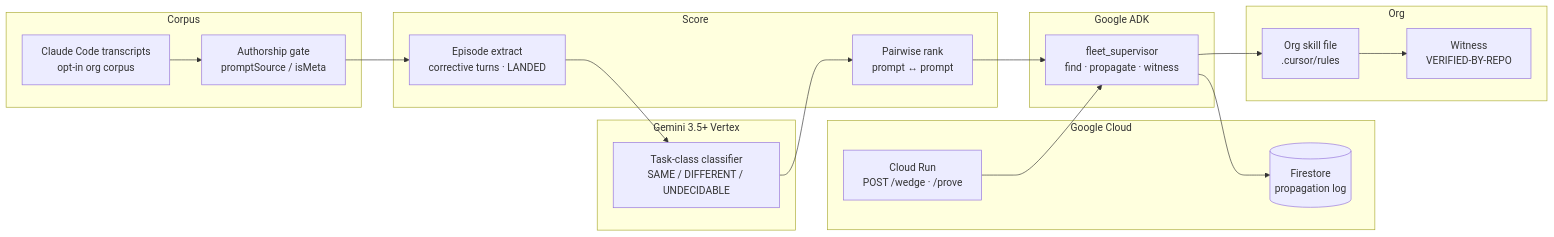
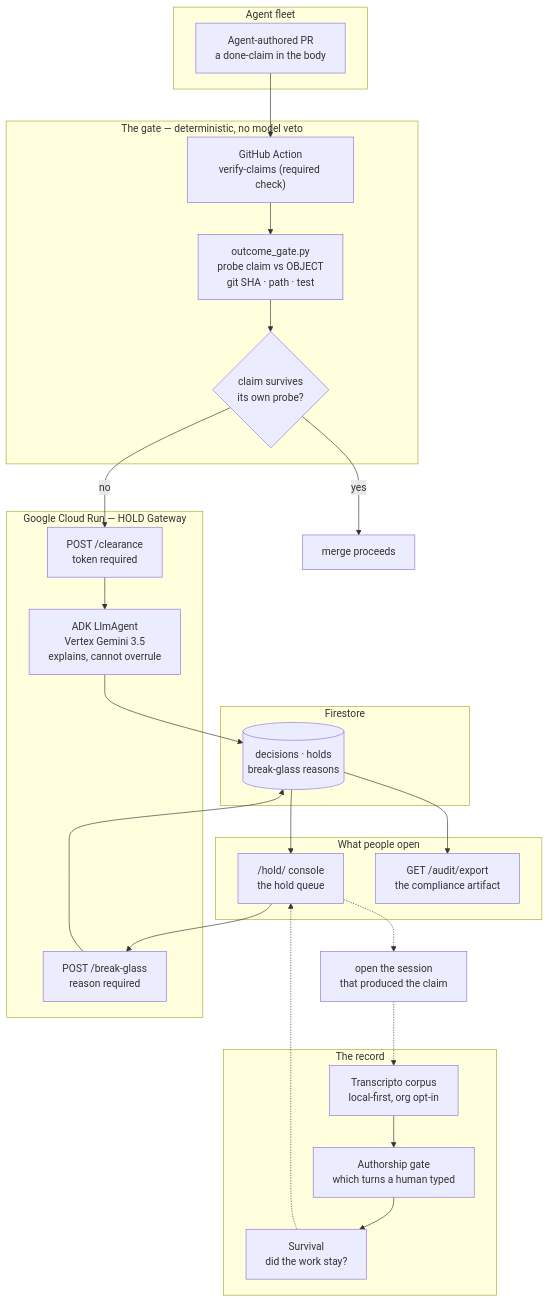
Before and after one commit to Morkeeth/agent-work-record-witness-ata: the diagram in docs/ARCHITECTURE.md, drawn with Mermaid. The commit also changed other lines of this file and 27 other files, not shown here.

````diff
--- a/docs/ARCHITECTURE.md
+++ b/docs/ARCHITECTURE.md
@@ -5,36 +12,45 @@
 ```mermaid
-flowchart LR
-  subgraph Corpus
-    T[Claude Code transcripts<br/>opt-in org corpus]
-    G[Authorship gate<br/>promptSource / isMeta]
+flowchart TB
+  subgraph Fleet["Agent fleet"]
+    PR["Agent-authored PR<br/>a done-claim in the body"]
   end
 
-  subgraph Classify["Gemini 3.5+ Vertex"]
-    C[Task-class classifier<br/>SAME / DIFFERENT / UNDECIDABLE]
+  subgraph Gate["The gate — deterministic, no model veto"]
+    A["GitHub Action<br/>verify-claims (required check)"]
+    P["outcome_gate.py<br/>probe claim vs OBJECT<br/>git SHA · path · test"]
+    V{"claim survives<br/>its own probe?"}
   end
 
-  subgraph Score
-    E[Episode extract<br/>corrective turns · LANDED]
-    R[Pairwise rank<br/>prompt ↔ prompt]
+  subgraph Run["Google Cloud Run — HOLD Gateway"]
+    CL["POST /clearance<br/>token required"]
+    AG["ADK LlmAgent<br/>Vertex Gemini 3.5<br/>explains, cannot overrule"]
+    BG["POST /break-glass<br/>reason required"]
   end
 
-  subgraph Agent["Google ADK"]
-    A[fleet_supervisor<br/>find · propagate · witness]
+  subgraph Store["Firestore"]
+    FS[("decisions · holds<br/>break-glass reasons")]
   end
 
-  subgraph Cloud["Google Cloud"]
-    FS[(Firestore<br/>propagation log)]
-    CR[Cloud Run<br/>POST /wedge · /prove]
+  subgraph Record["The record"]
+    T["Transcripto corpus<br/>local-first, org opt-in"]
+    H["Authorship gate<br/>which turns a human typed"]
+    SV["Survival<br/>did the work stay?"]
   end
 
-  subgraph Org
-    S[Org skill file<br/>.cursor/rules]
-    W[Witness<br/>VERIFIED-BY-REPO]
+  subgraph Surfaces["What people open"]
+    Q["/hold/ console<br/>the hold queue"]
+    EX["GET /audit/export<br/>the compliance artifact"]
   end
 
-  T --> G --> E
-  E --> C --> R --> A
-  A --> S --> W
-  A --> FS
-  CR --> A
+  PR --> A --> P --> V
+  V -- "no" --> CL
+  V -- "yes" --> M["merge proceeds"]
+  CL --> AG --> FS
+  BG --> FS
+  FS --> Q --> BG
+  FS --> EX
+  T --> H --> SV
+  SV -.-> Q
+  Q -.-> TR["open the session<br/>that produced the claim"]
+  TR -.-> T
 ```
````
